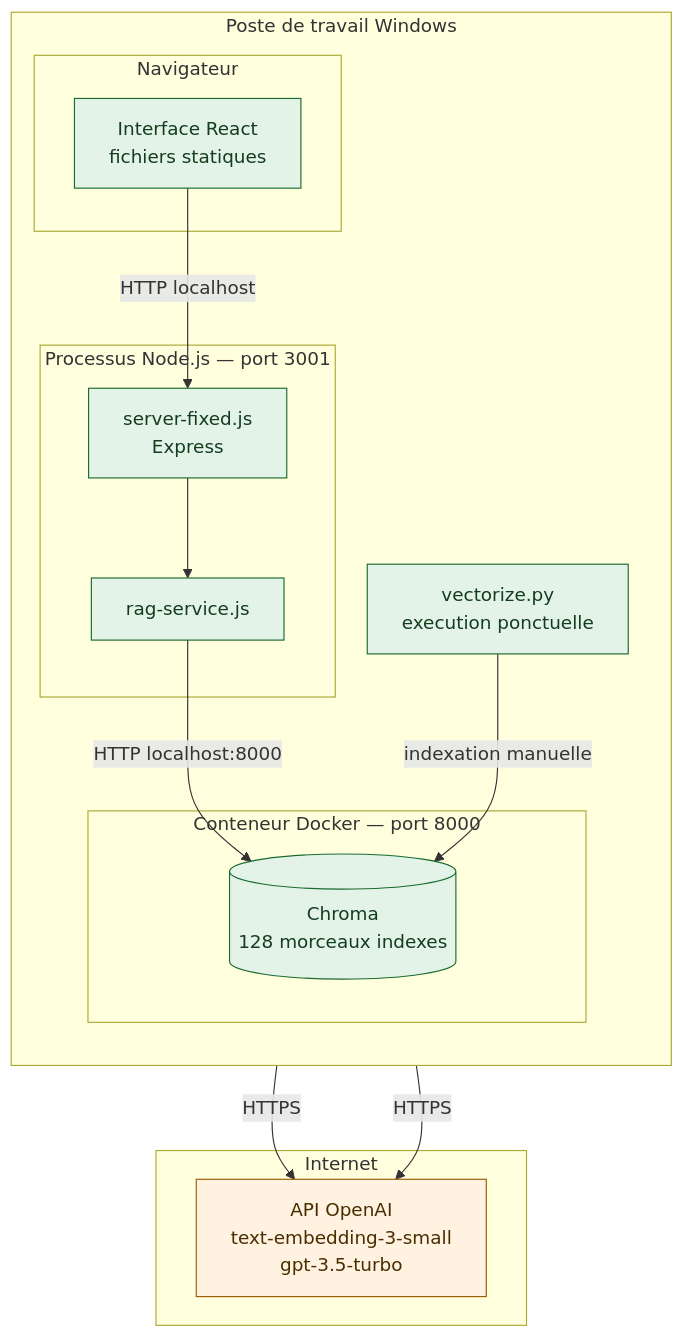
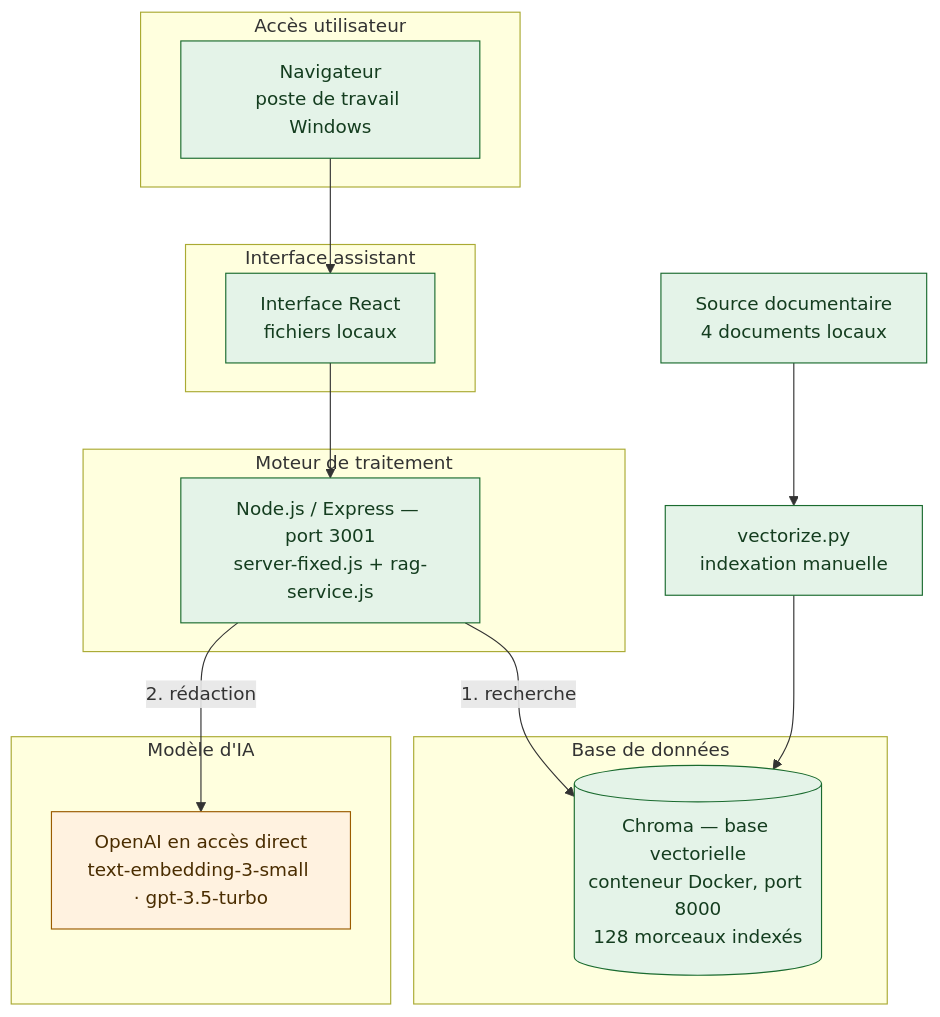
One commit to margotmc-web/Chatbot_PPV_BC07 changed the first of 3 diagrams in 12bis-diagramme-deploiement.md. Above: the diagram before and after it, drawn with Mermaid. The commit also changed other lines of this file, not shown here.

````diff
--- a/12bis-diagramme-deploiement.md
+++ b/12bis-diagramme-deploiement.md
@@ -11,33 +15,31 @@
 ```mermaid
 flowchart TB
-    subgraph POSTE["Poste de travail Windows"]
-        direction TB
-        subgraph NAV["Navigateur"]
-            N1["Interface React<br/>fichiers statiques"]
-        end
-        subgraph NODE["Processus Node.js — port 3001"]
-            N2["server-fixed.js<br/>Express"]
-            N3["rag-service.js"]
-        end
-        subgraph DOCK["Conteneur Docker — port 8000"]
-            N4[("Chroma<br/>128 morceaux indexes")]
-        end
-        N5["vectorize.py<br/>execution ponctuelle"]
+    subgraph ACC["Accès utilisateur"]
+        A1["Navigateur<br/>poste de travail Windows"]
+    end
+    subgraph INT["Interface assistant"]
+        B1["Interface React<br/>fichiers locaux"]
+    end
+    subgraph MOT["Moteur de traitement"]
+        C1["Node.js / Express — port 3001<br/>server-fixed.js + rag-service.js"]
+    end
+    subgraph BDD["Base de données"]
+        D1[("Chroma — base vectorielle<br/>conteneur Docker, port 8000<br/>128 morceaux indexés")]
+    end
+    subgraph IA["Modèle d'IA"]
+        E1["OpenAI en accès direct<br/>text-embedding-3-small · gpt-3.5-turbo"]
     end
 
-    subgraph EXT["Internet"]
-        E1["API OpenAI<br/>text-embedding-3-small<br/>gpt-3.5-turbo"]
-    end
+    SRC["Source documentaire<br/>4 documents locaux"]
+    IDX["vectorize.py<br/>indexation manuelle"]
 
-    N1 -->|HTTP localhost| N2
-    N2 --> N3
-    N3 -->|HTTP localhost:8000| N4
-    N3 -->|HTTPS| E1
-    N5 -->|indexation manuelle| N4
-    N5 -->|HTTPS| E1
+    A1 --> B1 --> C1
+    C1 -->|1. recherche| D1
+    C1 -->|2. rédaction| E1
+    SRC --> IDX --> D1
 
     classDef ok fill:#e4f3e8,stroke:#1a6b2f,color:#143d1f;
     classDef ext fill:#fff2e0,stroke:#9a5c00,color:#4a2d00;
-    class N1,N2,N3,N4,N5 ok
+    class A1,B1,C1,D1,SRC,IDX ok
     class E1 ext
 ```
````
